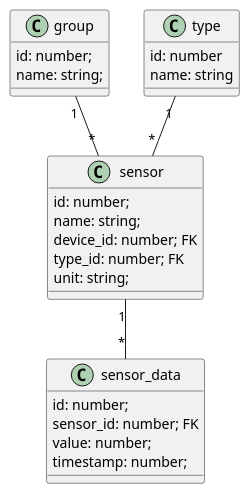
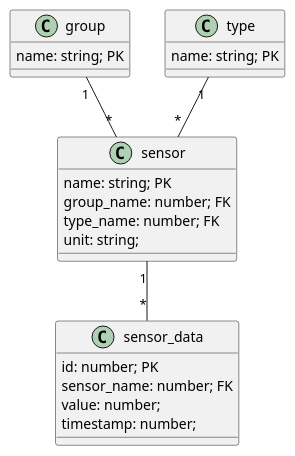
One commit to LuminAIOrg/LuminAI changed the diagram in docs/DataModel.puml. Above: the diagram before and after it, drawn with PlantUML. The commit also changed 1 other file, not shown here.

```diff
--- a/docs/DataModel.puml
+++ b/docs/DataModel.puml
@@ -1,33 +1,30 @@
 @startuml
 'to group stuff
 class group{
- id: number;
- name: string;
+ name: string; PK
 }
 
 class sensor{
- id: number;
- name: string;
- device_id: number; FK
- type_id: number; FK
+ name: string; PK
+ group_name: number; FK
+ type_name: number; FK
  unit: string;
 }
 
 class sensor_data{
- id: number;
- sensor_id: number; FK
+ id: number; PK
+ sensor_name: number; FK
  value: number;
  timestamp: number;
 }
 
 'producer or consumer...
 class type{
- id: number
- name: string
+ name: string; PK
 }
 
 
 group "1" -- "*" sensor
 sensor "1" -- "*" sensor_data
 type "1" -- "*" sensor
 @enduml
```
